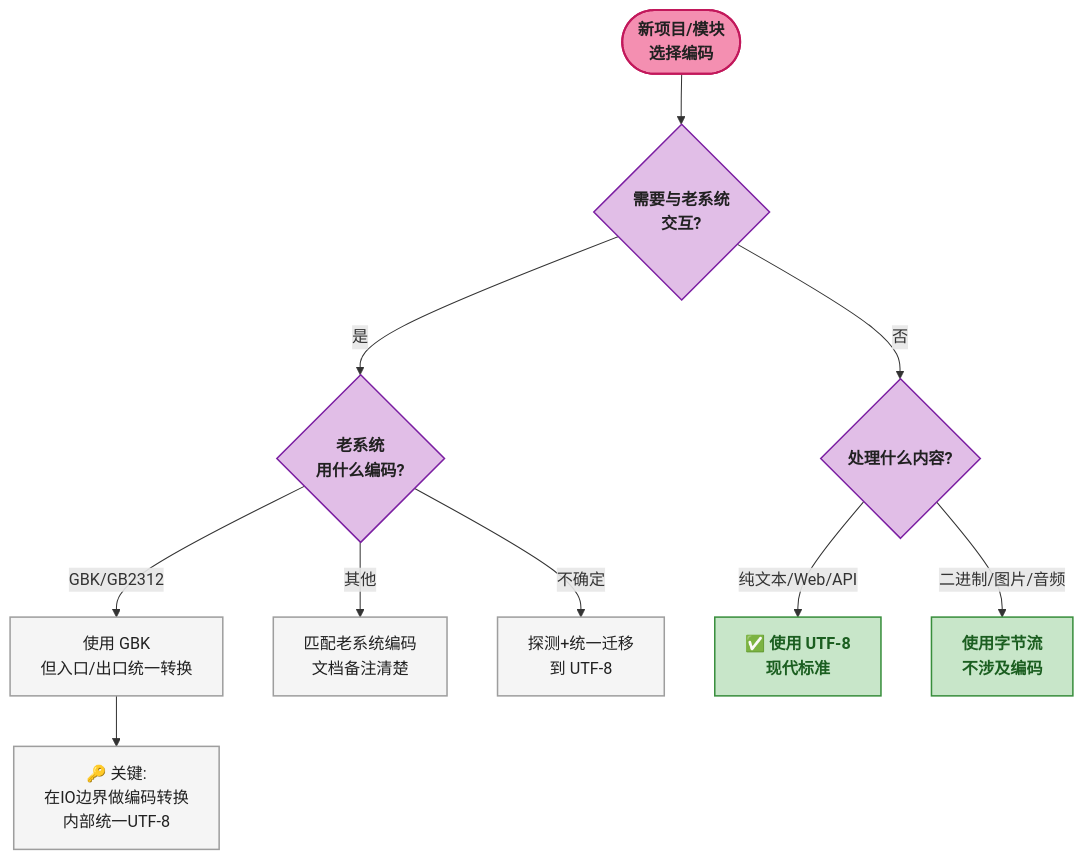
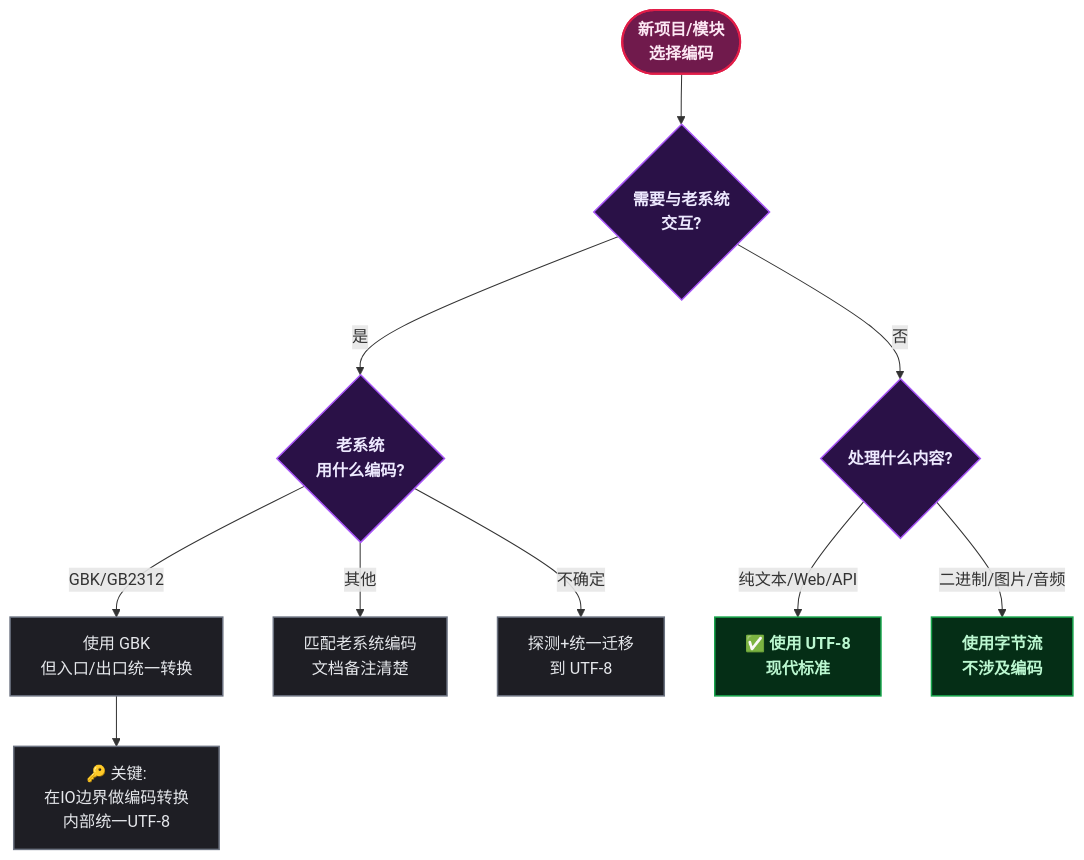
One commit to yaocat55/yaocat55.github.io changed the fifth of 5 diagrams in content/posts/io/JavaEncodingAndBridge.md. Above: the diagram before and after it, drawn with Mermaid. The commit also changed other lines of this file and 155 other files, not shown here.

````diff
--- a/content/posts/io/JavaEncodingAndBridge.md
+++ b/content/posts/io/JavaEncodingAndBridge.md
@@ -482,29 +482,29 @@
 ```mermaid
 flowchart TD
     %% ==========================================
     %% 编码选择决策树
     %% ==========================================
-    classDef startEnd fill:#F48FB1,stroke:#C2185B,stroke-width:2px,color:#212121,font-weight:bold;
-    classDef condition fill:#E1BEE7,stroke:#7B1FA2,stroke-width:1.5px,color:#212121,font-weight:bold;
-    classDef process fill:#F5F5F5,stroke:#9E9E9E,stroke-width:1.5px,color:#212121;
-    classDef reject fill:#FFCDD2,stroke:#C62828,stroke-width:1.5px,color:#B71C1C,font-weight:bold;
-    classDef data fill:#C8E6C9,stroke:#388E3C,stroke-width:1.5px,color:#1B5E20,font-weight:bold;
+classDef startEnd fill:#701a4c,stroke:#e11d48,stroke-width:2px,color:#fce7f3,font-weight:bold;
+classDef condition fill:#2a1147,stroke:#a855f7,stroke-width:1.5px,color:#ede9fe,font-weight:bold;
+classDef process fill:#1e1e24,stroke:#6b7280,stroke-width:1.5px,color:#e5e7eb;
+classDef reject fill:#450a0a,stroke:#dc2626,stroke-width:1.5px,color:#fecaca,font-weight:bold;
+classDef data fill:#052e16,stroke:#16a34a,stroke-width:1.5px,color:#bbf7d0,font-weight:bold;
 
     START([新项目/模块\n选择编码]) --> Q1{需要与老系统\n交互?}
 
     Q1 -- 是 --> Q2{老系统\n用什么编码?}
     Q2 -->|"GBK/GB2312"| GBK_USE["使用 GBK\n但入口/出口统一转换"]
     Q2 -->|"其他"| MATCH["匹配老系统编码\n文档备注清楚"]
     Q2 -->|"不确定"| PROBE["探测+统一迁移\n到 UTF-8"]
 
     Q1 -- 否 --> Q3{处理什么内容?}
     Q3 -->|"纯文本/Web/API"| UTF8["✅ 使用 UTF-8\n现代标准"]
     Q3 -->|"二进制/图片/音频"| BYTE["使用字节流\n不涉及编码"]
 
     GBK_USE --> WRAP["🔑 关键:\n在IO边界做编码转换\n内部统一UTF-8"]
 
     class START startEnd;
     class Q1,Q2,Q3 condition;
     class GBK_USE,MATCH,PROBE,WRAP process;
     class UTF8,BYTE data;
 ```
````
